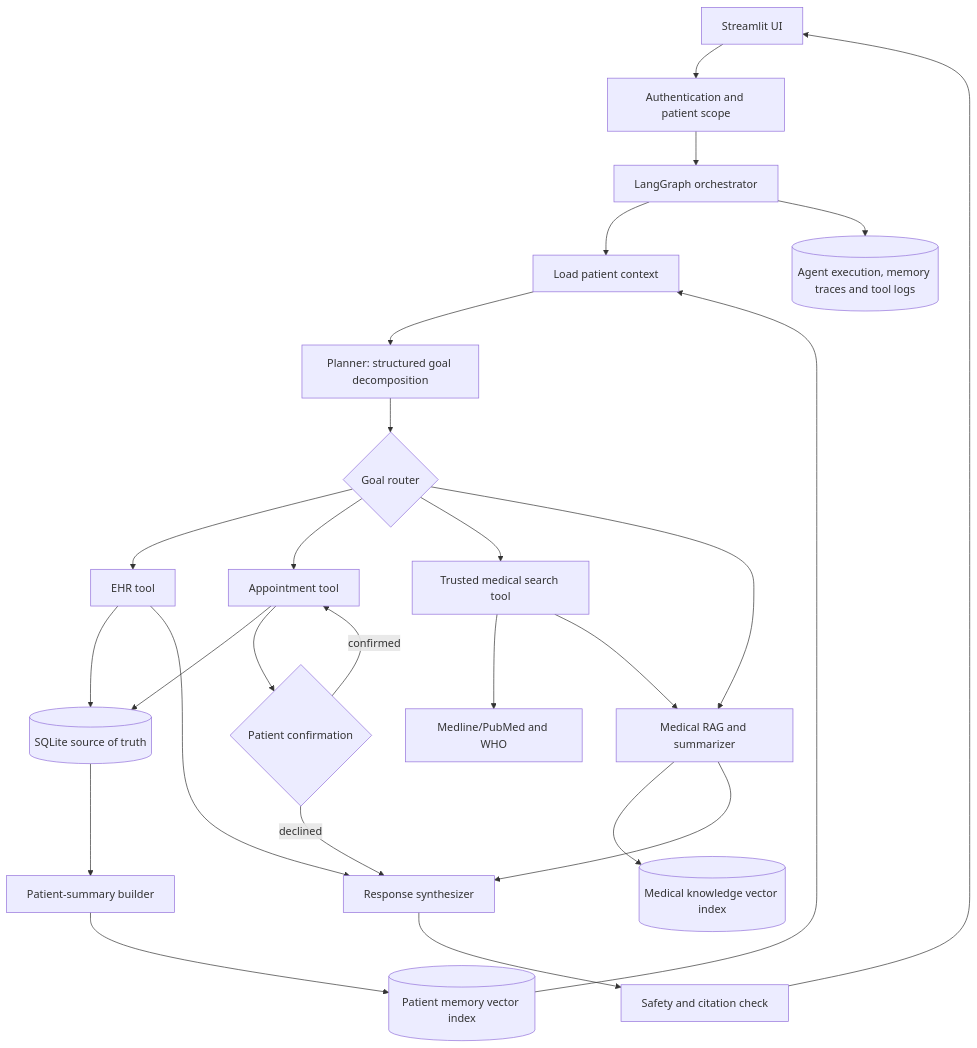
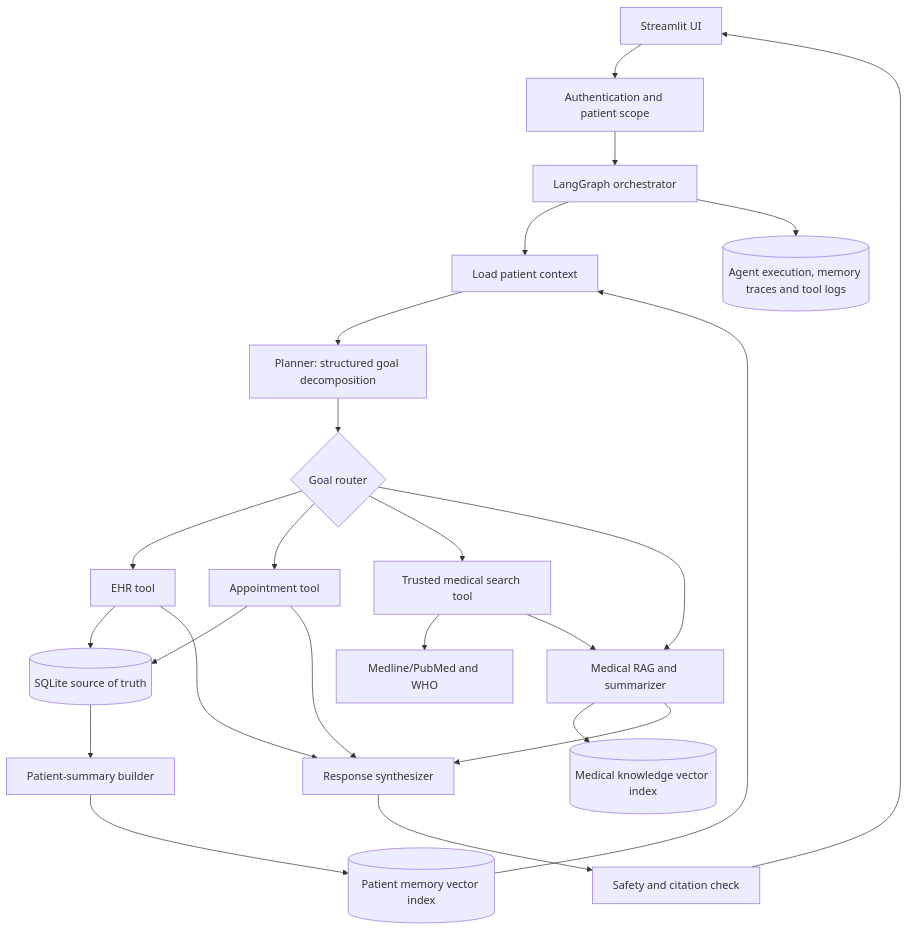
The diagram in PROJECT_DESIGN.md (balabizz/capstone_healthcare), drawn with Mermaid before and after one commit. The commit also changed other lines of this file and 28 other files, not shown here.

````diff
--- a/PROJECT_DESIGN.md
+++ b/PROJECT_DESIGN.md
@@ -20,34 +20,32 @@
 ```mermaid
 flowchart TB
     UI[Streamlit UI] --> AUTH[Authentication and patient scope]
     AUTH --> ORCH[LangGraph orchestrator]
 
     ORCH --> LOAD[Load patient context]
     LOAD --> PLAN[Planner: structured goal decomposition]
     PLAN --> ROUTE{Goal router}
 
     ROUTE --> EHR[EHR tool]
     ROUTE --> APPT[Appointment tool]
     ROUTE --> SEARCH[Trusted medical search tool]
     ROUTE --> RAG[Medical RAG and summarizer]
 
     EHR --> SQL[(SQLite source of truth)]
     APPT --> SQL
     SEARCH --> EXT[Medline/PubMed and WHO]
     RAG --> KNOW[(Medical knowledge vector index)]
 
     SQL --> SUM[Patient-summary builder]
     SUM --> PMEM[(Patient memory vector index)]
     PMEM --> LOAD
 
     EHR --> SYNTH[Response synthesizer]
-    APPT --> CONFIRM{Patient confirmation}
-    CONFIRM -->|confirmed| APPT
-    CONFIRM -->|declined| SYNTH
+    APPT --> SYNTH
     SEARCH --> RAG
     RAG --> SYNTH
     SYNTH --> SAFE[Safety and citation check]
     SAFE --> UI
 
     ORCH --> AUDIT[(Agent execution, memory traces and tool logs)]
 ```
````
